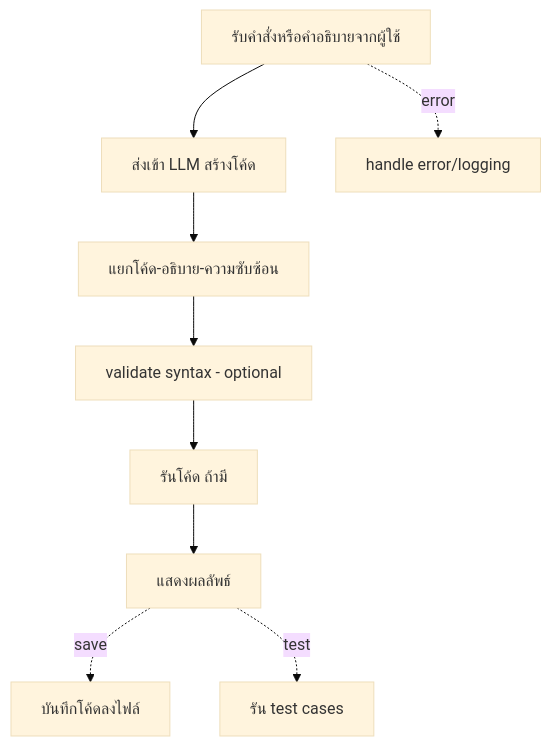
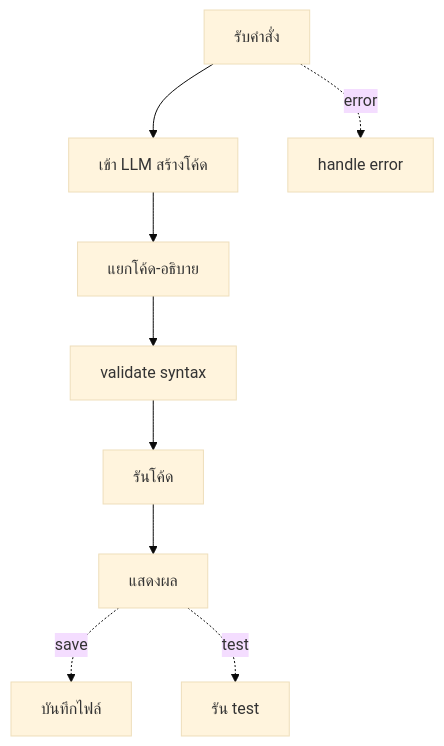
Diagram 12 of 16 in README.md (JonusNattapong/LangChainOllama), drawn with Mermaid (base theme) before and after one commit. The commit also changed other lines of this file, not shown here.

Commit message:
refactor: Simplify and clarify flow diagrams in README for better readability

````diff
--- a/README.md
+++ b/README.md
@@ -480,11 +480,11 @@
 ```mermaid
 graph TD
-    A[รับคำสั่งหรือคำอธิบายจากผู้ใช้] --> B[ส่งเข้า LLM สร้างโค้ด]
-    B --> C[แยกโค้ด-อธิบาย-ความซับซ้อน]
-    C --> D[validate syntax - optional]
-    D --> E[รันโค้ด ถ้ามี]
-    E --> F[แสดงผลลัพธ์]
-    F -. save .-> G[บันทึกโค้ดลงไฟล์]
-    F -. test .-> H[รัน test cases]
-    A -. error .-> I[handle error/logging]
+    A[รับคำสั่ง] --> B[เข้า LLM สร้างโค้ด]
+    B --> C[แยกโค้ด-อธิบาย]
+    C --> D[validate syntax]
+    D --> E[รันโค้ด]
+    E --> F[แสดงผล]
+    F -. save .-> G[บันทึกไฟล์]
+    F -. test .-> H[รัน test]
+    A -. error .-> I[handle error]
 ```
````
